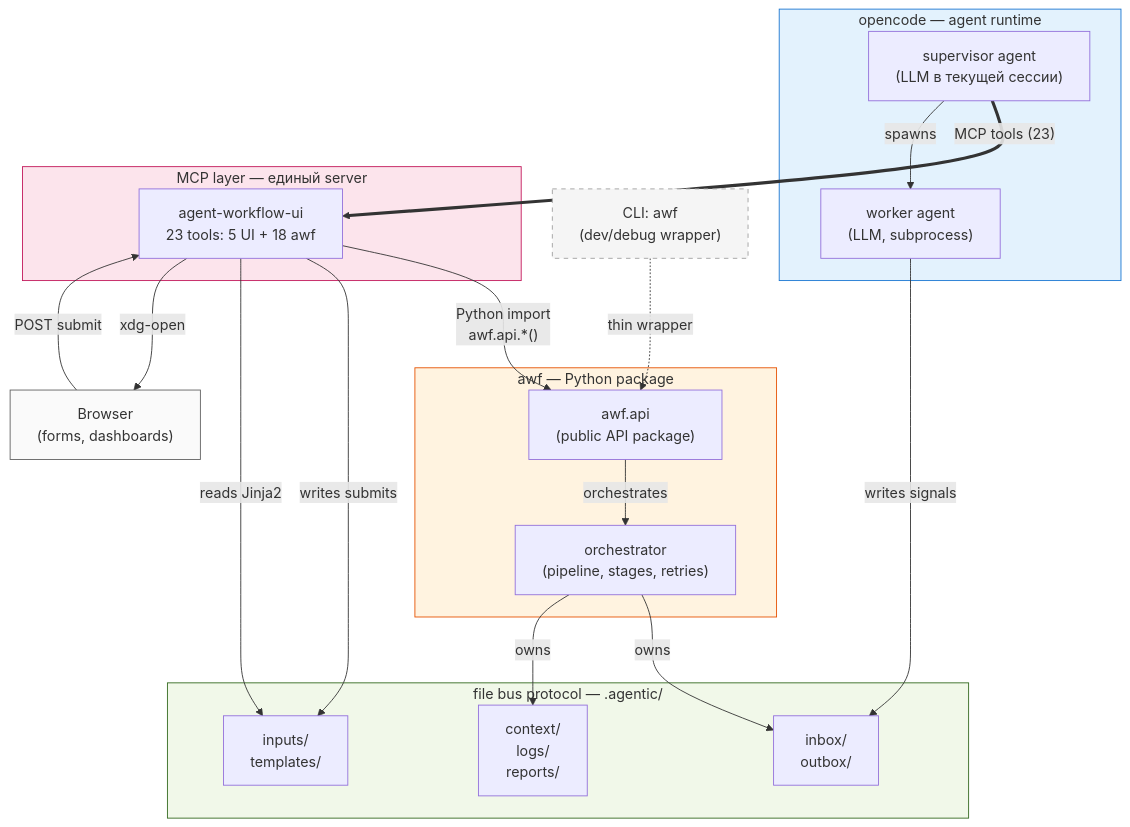
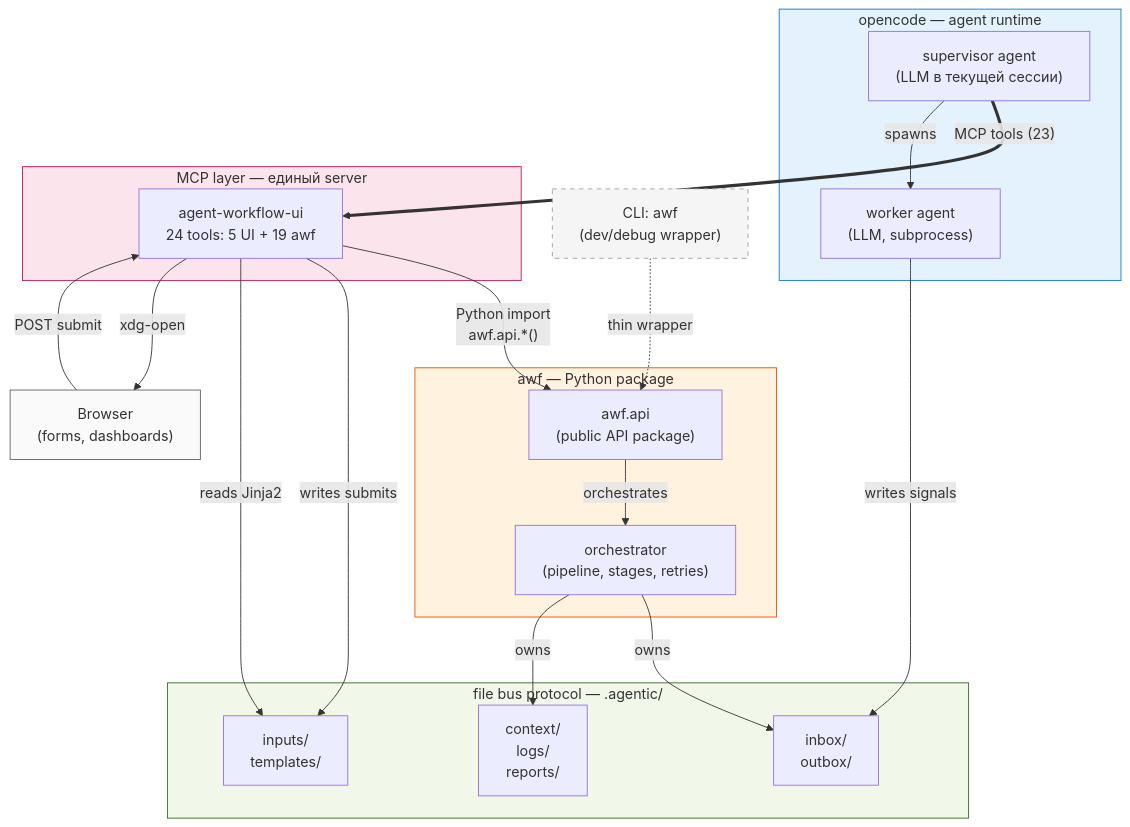
Before and after one commit to EnerJizeIT/agentic-workflow: the diagram in vision/architecture.md, drawn with Mermaid. The commit also changed other lines of this file and 4 other files, not shown here.

````diff
--- a/vision/architecture.md
+++ b/vision/architecture.md
@@ -42,48 +42,48 @@
 ```mermaid
 flowchart TD
     subgraph oc["opencode — agent runtime"]
         SA["supervisor agent<br/>(LLM в текущей сессии)"]
         WA["worker agent<br/>(LLM, subprocess)"]
     end
 
     subgraph mcp["MCP layer — единый server"]
-        PLUGIN["agent-workflow-ui<br/>23 tools: 5 UI + 18 awf"]
+        PLUGIN["agent-workflow-ui<br/>24 tools: 5 UI + 19 awf"]
     end
 
     subgraph awf_pkg["awf — Python package"]
         API["awf.api<br/>(public API package)"]
         ORCH["orchestrator<br/>(pipeline, stages, retries)"]
     end
 
     subgraph bus["file bus protocol — .agentic/"]
         IN["inbox/<br/>outbox/"]
         INPUTS["inputs/<br/>templates/"]
         CTX["context/<br/>logs/<br/>reports/"]
     end
 
     BR["Browser<br/>(forms, dashboards)"]
     CLI["CLI: awf<br/>(dev/debug wrapper)"]
 
     SA ==>|"MCP tools (23)"| PLUGIN
     SA -->|"spawns"| WA
     CLI -.->|"thin wrapper"| API
 
     PLUGIN -->|"Python import<br/>awf.api.*()"| API
     PLUGIN -->|"writes submits"| INPUTS
     PLUGIN -->|"reads Jinja2"| INPUTS
     PLUGIN -->|"xdg-open"| BR
     BR -->|"POST submit"| PLUGIN
 
     API -->|"orchestrates"| ORCH
     ORCH -->|"owns"| IN
     ORCH -->|"owns"| CTX
 
     WA -->|"writes signals"| IN
 
     style oc fill:#e3f2fd,stroke:#1976d2
     style mcp fill:#fce4ec,stroke:#c2185b
     style awf_pkg fill:#fff3e0,stroke:#e65100
     style bus fill:#f1f8e9,stroke:#33691e
     style BR fill:#fafafa,stroke:#616161
     style CLI fill:#f5f5f5,stroke:#9e9e9e,stroke-dasharray: 5 5
 ```
````
